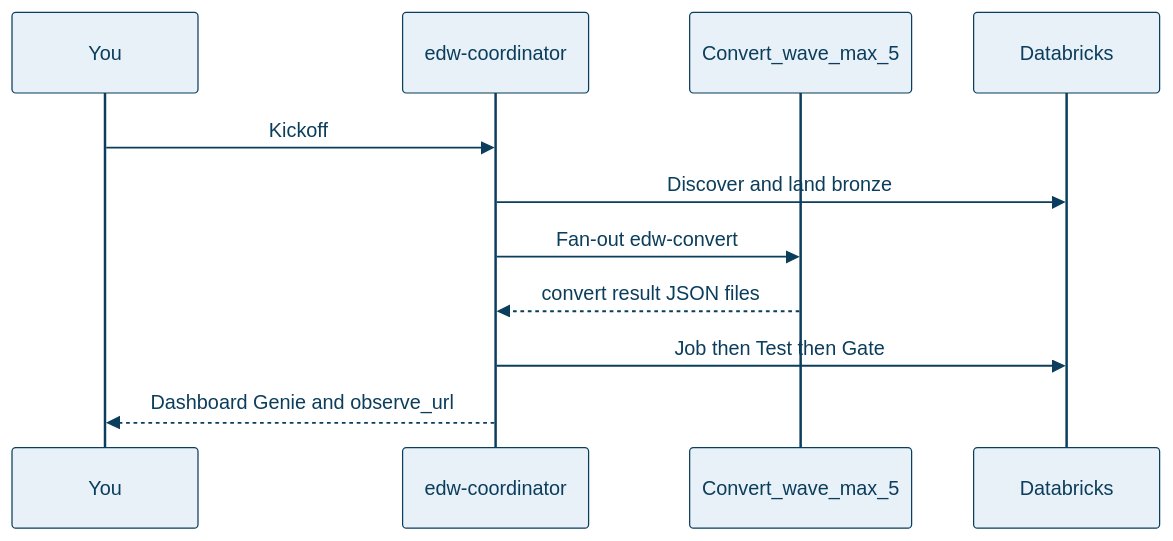
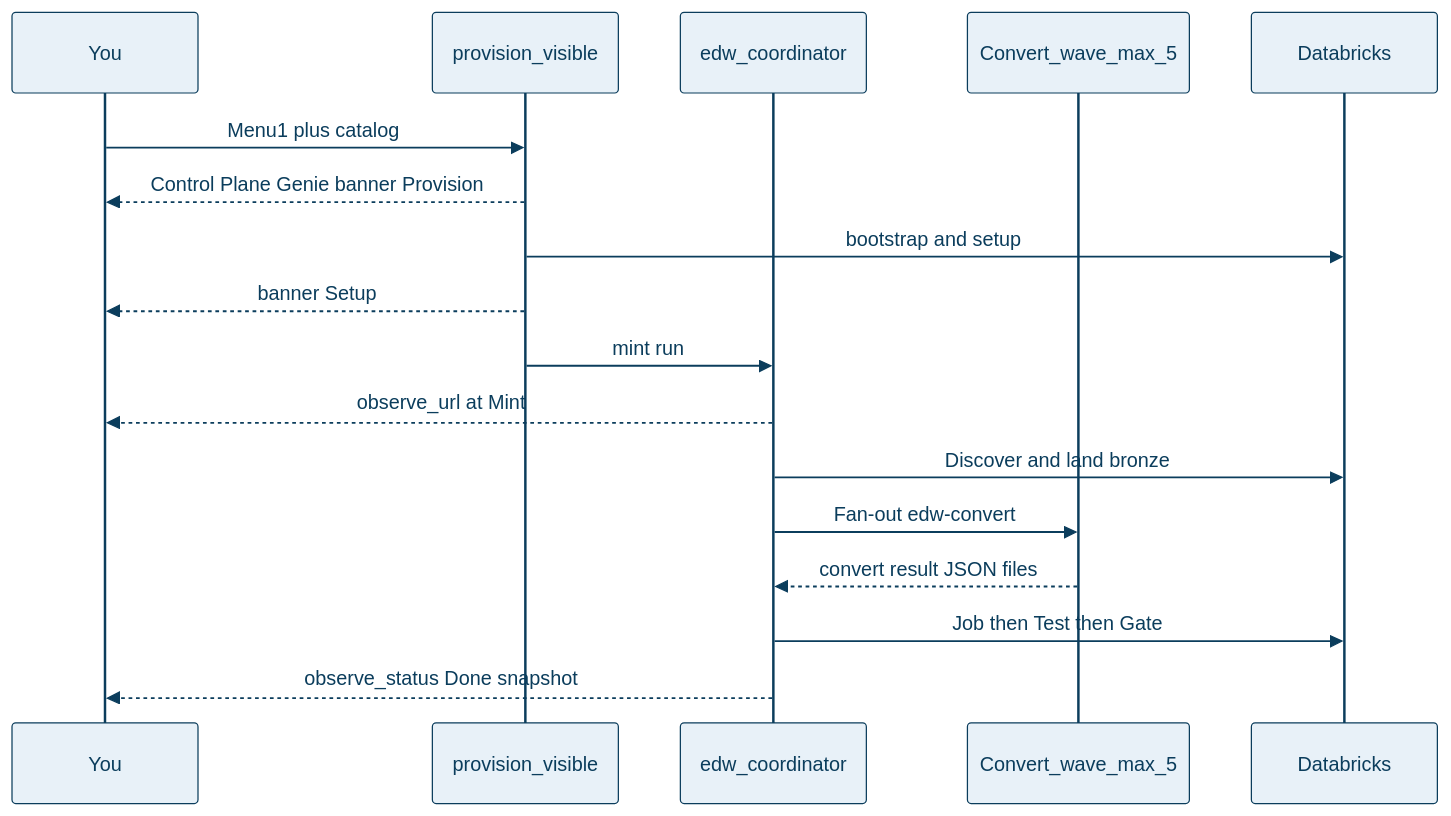
Before and after one commit to Jericho2010/edwmigration: the fourth of 4 diagrams in docs/what-you-get.md, drawn with Mermaid. The commit also changed other lines of this file and 17 other files, not shown here.

````diff
--- a/docs/what-you-get.md
+++ b/docs/what-you-get.md
@@ -118,14 +118,20 @@
 ```mermaid
 %%{init: {"theme":"base","themeVariables":{"primaryColor":"#E8F1F8","primaryTextColor":"#0B3D5C","primaryBorderColor":"#0B3D5C","lineColor":"#5B7A8C","secondaryColor":"#E6F4F1","tertiaryColor":"#F7F3EA","background":"#FFFFFF","mainBkg":"#E8F1F8","clusterBkg":"#F7FAFC","clusterBorder":"#5B7A8C","titleColor":"#0B3D5C","edgeLabelBackground":"#FFFFFF"}}}%%
 sequenceDiagram
   participant You
-  participant Coord as edw-coordinator
+  participant Guide as provision_visible
+  participant Coord as edw_coordinator
   participant Wave as Convert_wave_max_5
   participant DBX as Databricks
-  You->>Coord: Kickoff
+  You->>Guide: Menu1 plus catalog
+  Guide-->>You: Control Plane Genie banner Provision
+  Guide->>DBX: bootstrap and setup
+  Guide-->>You: banner Setup
+  Guide->>Coord: mint run
+  Coord-->>You: observe_url at Mint
   Coord->>DBX: Discover and land bronze
   Coord->>Wave: Fan-out edw-convert
   Wave-->>Coord: convert result JSON files
   Coord->>DBX: Job then Test then Gate
-  Coord-->>You: Dashboard Genie and observe_url
+  Coord-->>You: observe_status Done snapshot
 ```
````
